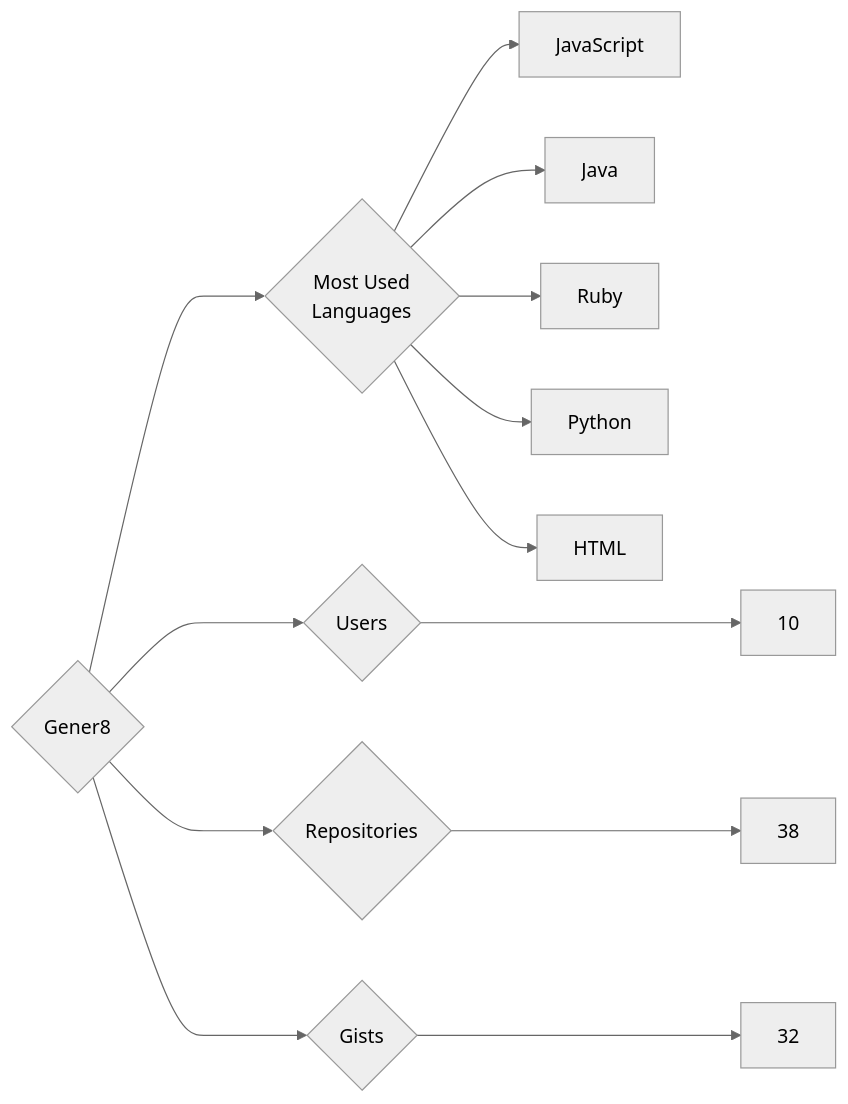
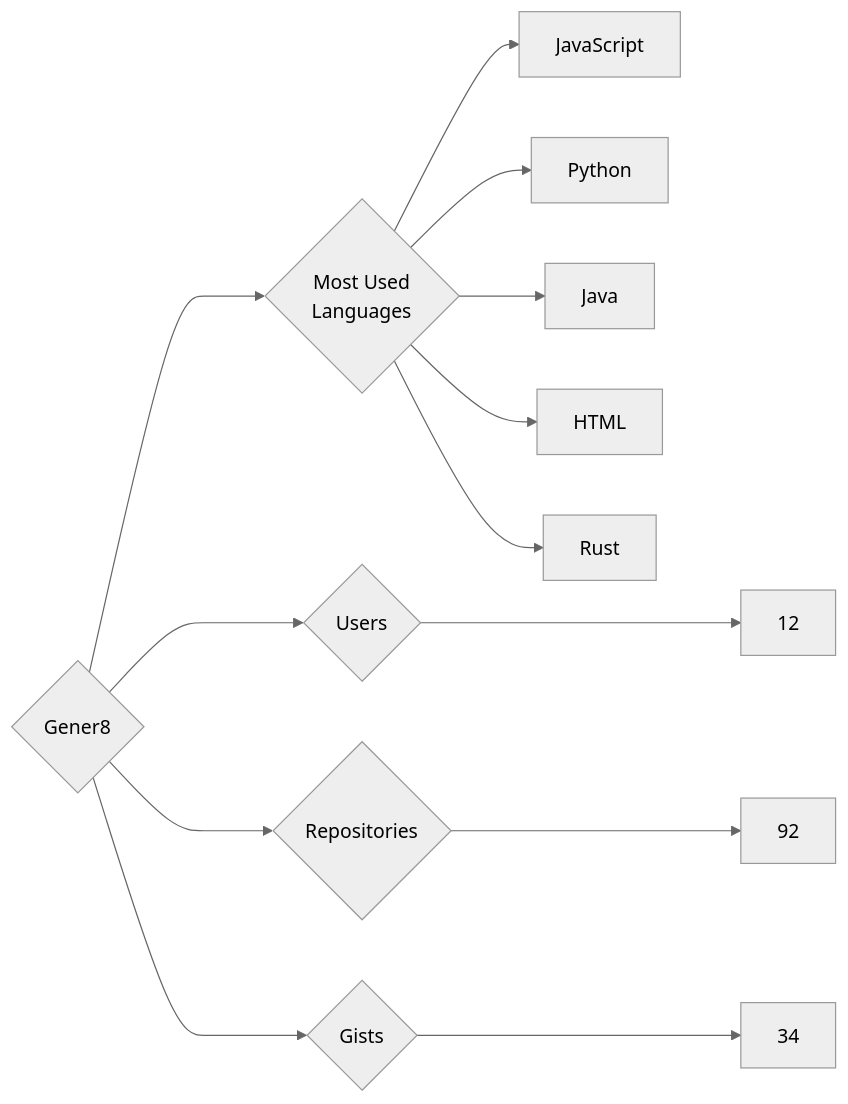
One commit to trickest/insiders changed the diagram in targets/Gener8/README.md. Above: the diagram before and after it, drawn with Mermaid (neutral theme). The commit also changed 861 other files, not shown here.

````diff
--- a/targets/Gener8/README.md
+++ b/targets/Gener8/README.md
@@ -3,13 +3,13 @@
 ```mermaid
 graph LR
 COMPANY_NAME{Gener8}
-COMPANY_NAME ---> U{Users} ---> UN[10]
-COMPANY_NAME ---> R{Repositories} ---> RN[38]
-COMPANY_NAME ---> G{Gists} ---> GN[32]
+COMPANY_NAME ---> U{Users} ---> UN[12]
+COMPANY_NAME ---> R{Repositories} ---> RN[92]
+COMPANY_NAME ---> G{Gists} ---> GN[34]
 COMPANY_NAME ---> ML{Most Used<br>Languages}
 ML --> JavaScript[JavaScript]
+ML --> Python[Python]
 ML --> Java[Java]
-ML --> Ruby[Ruby]
-ML --> Python[Python]
 ML --> HTML[HTML]
+ML --> Rust[Rust]
 ```
````
